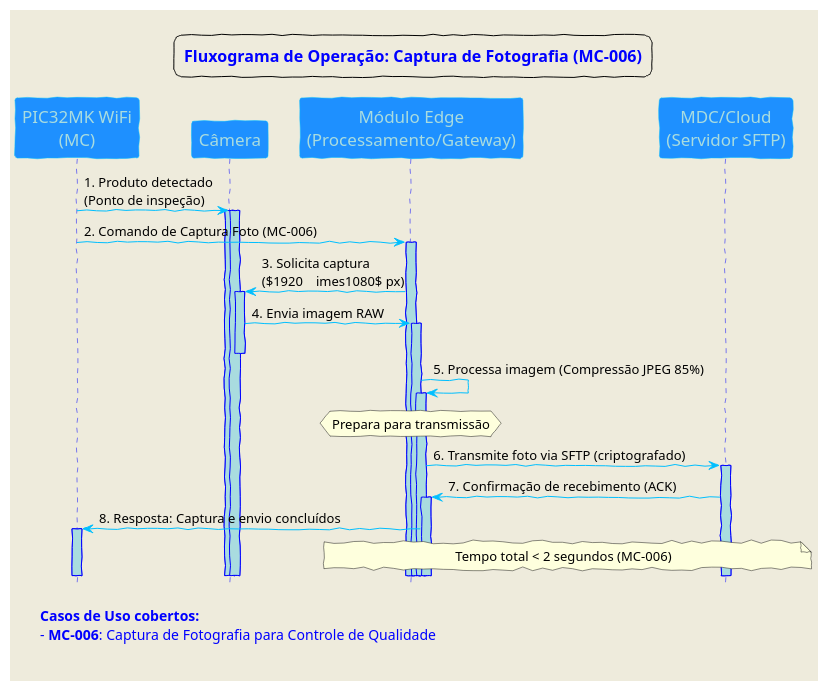
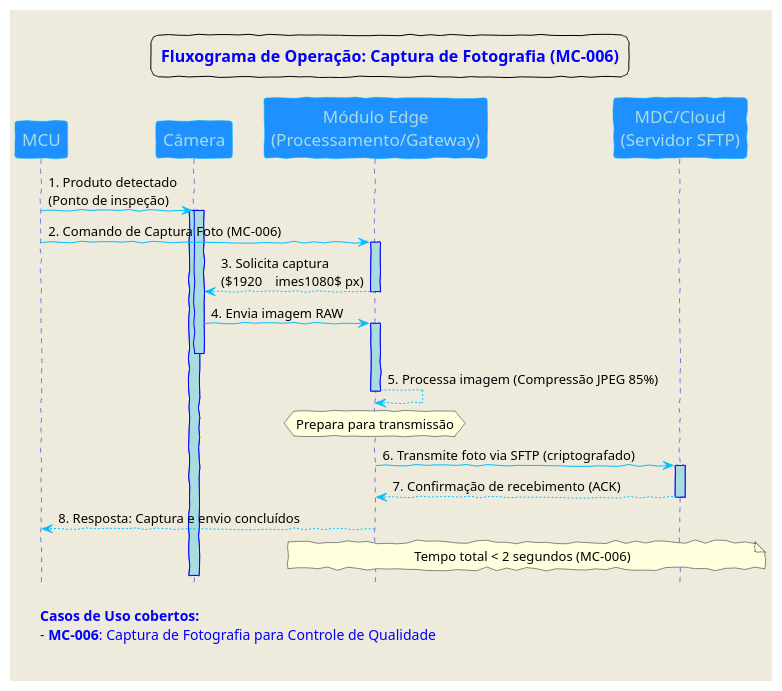
One commit to Embrapac/diagramas changed the diagram in DS-FOTO-001.puml. Above: the diagram before and after it, drawn with PlantUML. The commit also changed 1 other file, not shown here.

Commit message:
Diagrama de Sequencia Camera

```diff
--- a/DS-FOTO-001.puml
+++ b/DS-FOTO-001.puml
@@ -1,74 +1,74 @@
 @startuml
 
 <style>
 footer {
   HorizontalAlignment left
   FontSize 14
   FontColor blue
   FontName Arial
   Margin 20
   Padding 10
 }
 
 legend {
   HorizontalAlignment center
   FontSize 16
   FontColor Blue
   FontName Arial
   Margin 20
   Padding 10
 }
 </style>
 
 
 'Parametros de cor:
 skinparam backgroundColor #EEEBDC
 skinparam handwritten true
 skinparam sequenceArrowColor DeepSkyBlue
 skinparam sequenceActorBorderColor DeepSkyBlue
 skinparam sequenceLifeLineBorderColor blue
 skinparam sequenceLifeLineBackgroundColor #A9DCDF
 skinparam sequenceParticipantBorderColor DeepSkyBlue
 skinparam sequenceParticipantBackgroundColor DodgerBlue
 skinparam sequenceParticipantFontName Impact
 skinparam sequenceParticipantFontSize 17
 skinparam sequenceParticipantFontColor #A9DCDF
 skinparam sequenceActorBackgroundColor aqua
 skinparam sequenceActorFontColor DeepSkyBlue
 skinparam sequenceActorFontSize 17
 skinparam sequenceActorFontName Aapex
 
 autoactivate on
 Hide footbox
 
-participant "PIC32MK WiFi\n(MC)" as MCU
+participant "MCU" as MCU
 participant Câmera
 participant "Módulo Edge\n(Processamento/Gateway)" as EDGE
 participant "MDC/Cloud\n(Servidor SFTP)" as MDC
 
 MCU -> Câmera : 1. Produto detectado\n(Ponto de inspeção)
 activate Câmera
 MCU -> EDGE : 2. Comando de Captura Foto (MC-006)
-EDGE -> Câmera : 3. Solicita captura \n($1920\times1080$ px)
+EDGE --> Câmera : 3. Solicita captura \n($1920\times1080$ px)
 Câmera -> EDGE : 4. Envia imagem RAW
 deactivate Câmera
 
-EDGE -> EDGE : 5. Processa imagem (Compressão JPEG 85%)
+EDGE --> EDGE : 5. Processa imagem (Compressão JPEG 85%)
 hnote over EDGE : Prepara para transmissão
 
 EDGE -> MDC : 6. Transmite foto via SFTP (criptografado)
-MDC -> EDGE : 7. Confirmação de recebimento (ACK)
+MDC --> EDGE : 7. Confirmação de recebimento (ACK)
 
-EDGE -> MCU : 8. Resposta: Captura e envio concluídos
+EDGE --> MCU : 8. Resposta: Captura e envio concluídos
 note over EDGE, MDC: Tempo total < 2 segundos (MC-006)
 
 legend top
  **Fluxograma de Operação: Captura de Fotografia (MC-006)**
 end legend
 
 footer
   **Casos de Uso cobertos:**
    - **MC-006**: Captura de Fotografia para Controle de Qualidade
 end footer  
 
 @enduml
```
